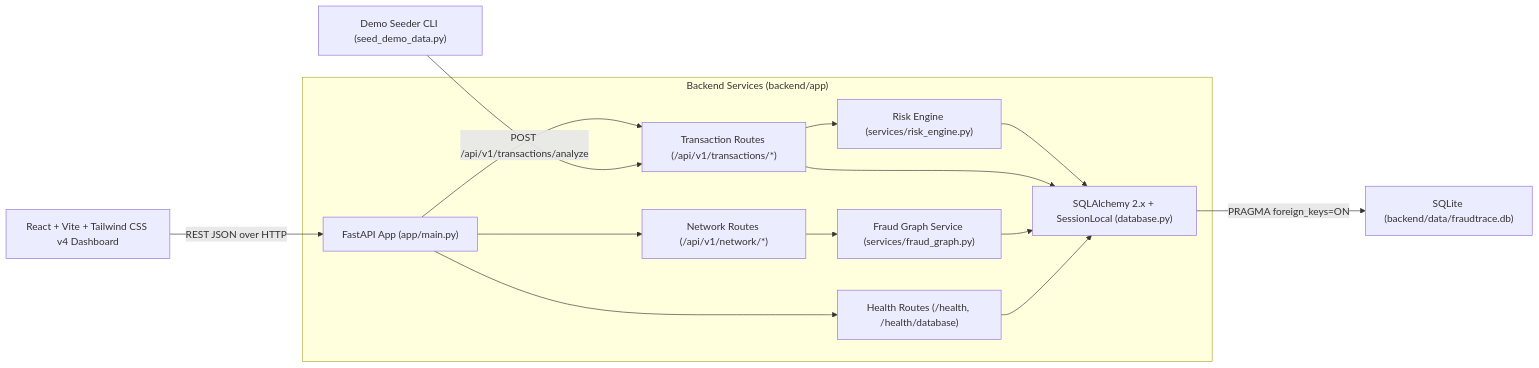
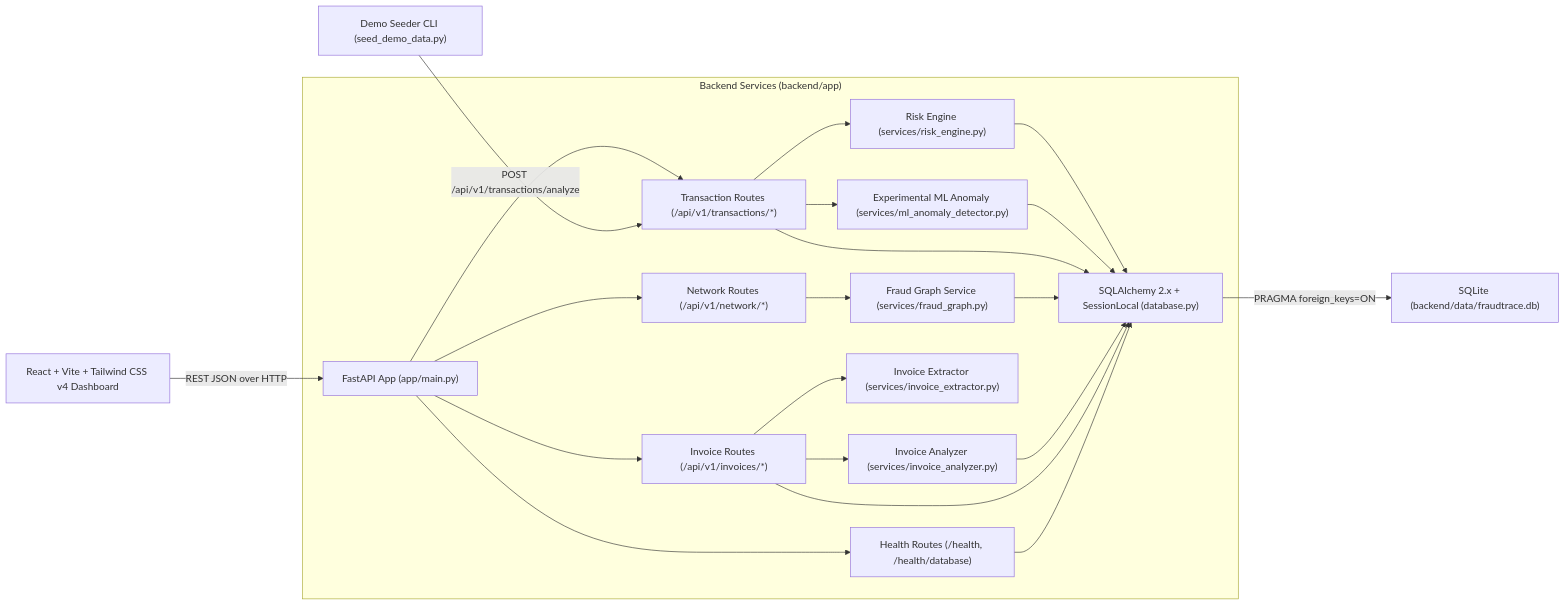
Before and after one commit to dubeyayush270-coder/FraudTrace-AI: the first of 2 diagrams in docs/architecture.md, drawn with Mermaid. The commit also changed other lines of this file and 19 other files, not shown here.

Commit message:
feat: add ML anomaly detection and invoice investigation

````diff
--- a/docs/architecture.md
+++ b/docs/architecture.md
@@ -9,21 +9,28 @@
 ```mermaid
 flowchart LR
     UI["React + Vite + Tailwind CSS v4 Dashboard"] -->|"REST JSON over HTTP"| API["FastAPI App (app/main.py)"]
 
     subgraph Backend["Backend Services (backend/app)"]
         API --> HR["Health Routes (/health, /health/database)"]
         API --> TR["Transaction Routes (/api/v1/transactions/*)"]
         API --> NR["Network Routes (/api/v1/network/*)"]
+        API --> IR["Invoice Routes (/api/v1/invoices/*)"]
 
         TR --> RE["Risk Engine (services/risk_engine.py)"]
+        TR --> ML["Experimental ML Anomaly (services/ml_anomaly_detector.py)"]
         NR --> FG["Fraud Graph Service (services/fraud_graph.py)"]
+        IR --> IE["Invoice Extractor (services/invoice_extractor.py)"]
+        IR --> IA["Invoice Analyzer (services/invoice_analyzer.py)"]
 
         RE --> DB["SQLAlchemy 2.x + SessionLocal (database.py)"]
+        ML --> DB
         TR --> DB
         FG --> DB
+        IA --> DB
+        IR --> DB
         HR --> DB
     end
 
     DB -->|"PRAGMA foreign_keys=ON"| SQLITE["SQLite (backend/data/fraudtrace.db)"]
     SEED["Demo Seeder CLI (seed_demo_data.py)"] -->|"POST /api/v1/transactions/analyze"| TR
 ```
````
